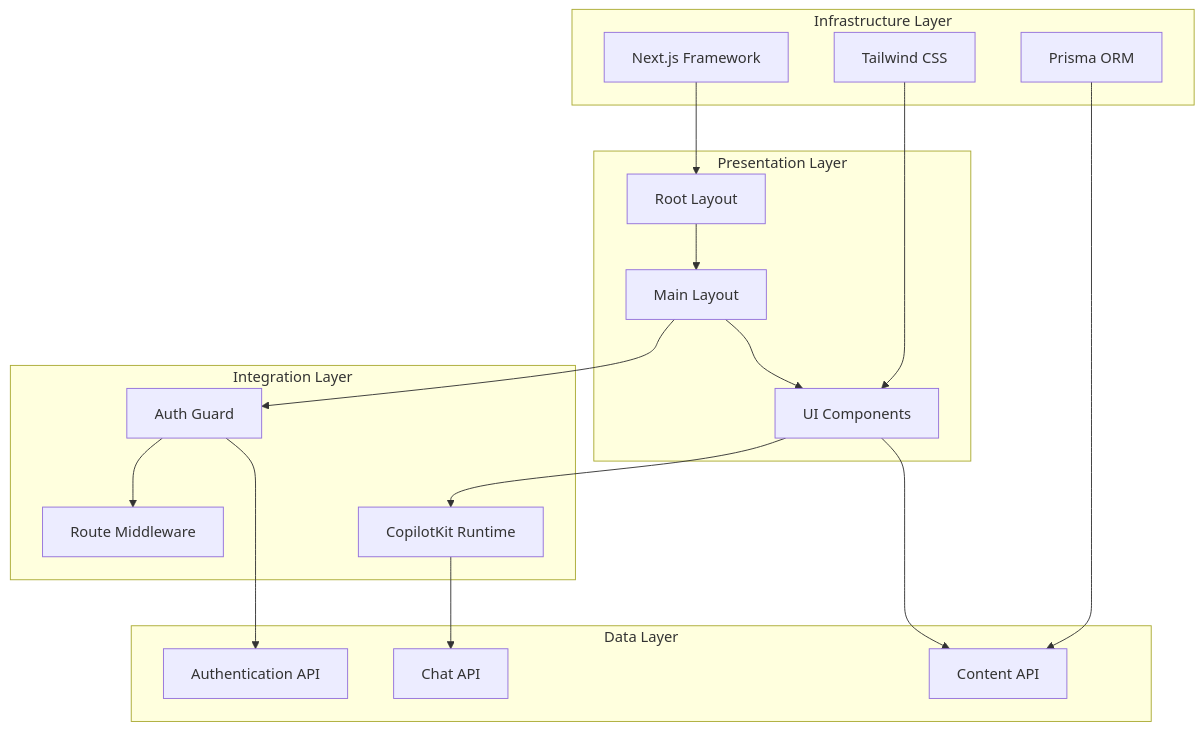
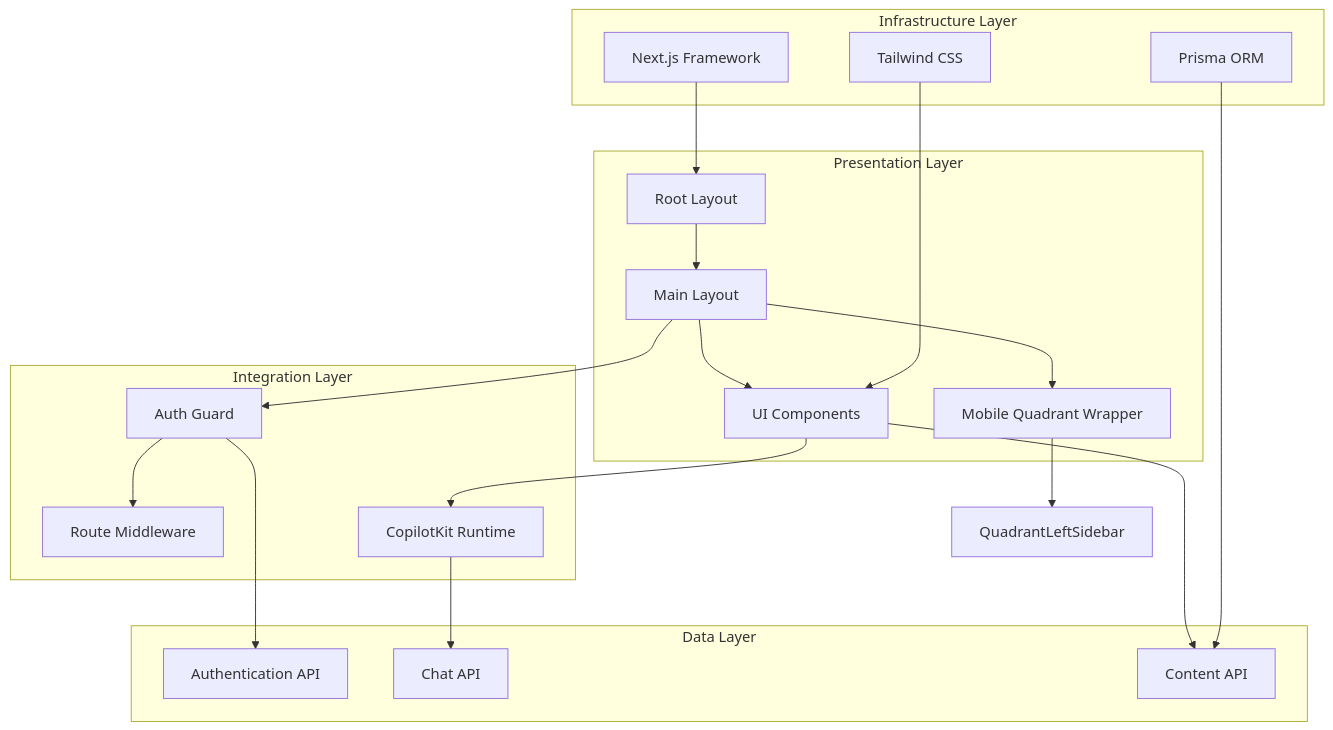
The fourth of 15 diagrams in .qoder/repowiki/en/content/Frontend Architecture/Main Layout System.md (peixuanhu/goal-mate), drawn with Mermaid before and after one commit. The commit also changed other lines of this file and 14 other files, not shown here.

First line of the commit message:
feat(layout): enhance main layout with mobile drawer and responsive quadrants

````diff
--- a/.qoder/repowiki/en/content/Frontend Architecture/Main Layout System.md
+++ b/.qoder/repowiki/en/content/Frontend Architecture/Main Layout System.md
@@ -172,34 +180,37 @@
 ```mermaid
 graph TB
 subgraph "Presentation Layer"
 RootLayout[Root Layout]
 MainLayout[Main Layout]
 UIComponents[UI Components]
+MobileQuadrantWrapper[Mobile Quadrant Wrapper]
 end
 subgraph "Integration Layer"
 AuthGuard[Auth Guard]
 Middleware[Route Middleware]
 CopilotKit[CopilotKit Runtime]
 end
 subgraph "Data Layer"
 AuthAPI[Authentication API]
 ChatAPI[Chat API]
 ContentAPI[Content API]
 end
 subgraph "Infrastructure Layer"
 NextJS[Next.js Framework]
 Tailwind[Tailwind CSS]
 Prisma[Prisma ORM]
 end
 RootLayout --> MainLayout
 MainLayout --> UIComponents
+MainLayout --> MobileQuadrantWrapper
 MainLayout --> AuthGuard
 AuthGuard --> Middleware
 UIComponents --> CopilotKit
+MobileQuadrantWrapper --> QuadrantLeftSidebar
 CopilotKit --> ChatAPI
 AuthGuard --> AuthAPI
 UIComponents --> ContentAPI
 NextJS --> RootLayout
 Tailwind --> UIComponents
 Prisma --> ContentAPI
 ```
````
